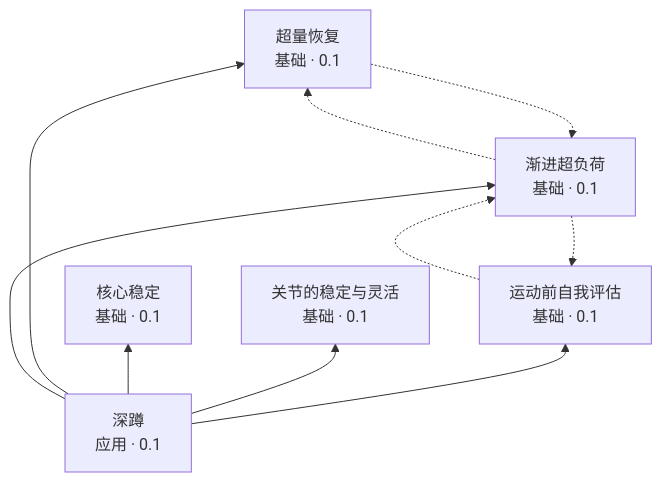
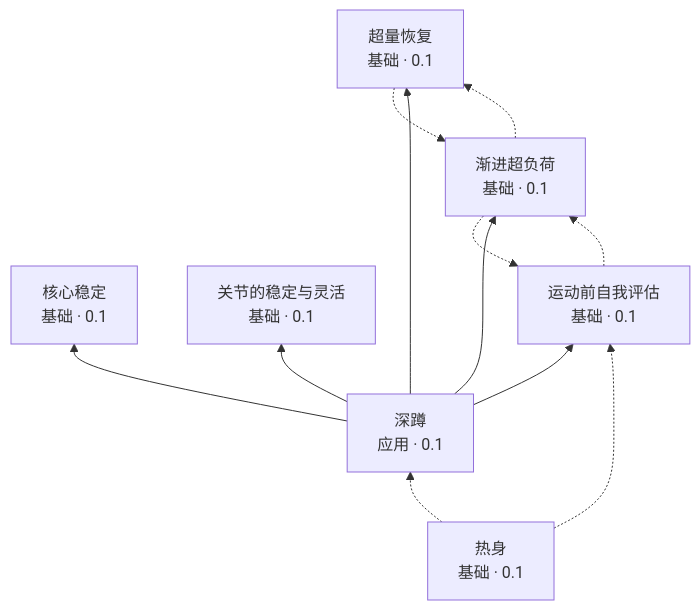
Before and after one commit to liuppx/blockchain: the diagram in docs/pilot/fitness/GRAPH.md, drawn with Mermaid. The commit also changed other lines of this file and 22 other files, not shown here.

````diff
--- a/docs/pilot/fitness/GRAPH.md
+++ b/docs/pilot/fitness/GRAPH.md
@@ -11,18 +11,21 @@
 ```mermaid
 graph BT
     u0["核心稳定<br/>基础 · 0.1"]
     u1["关节的稳定与灵活<br/>基础 · 0.1"]
     u2["运动前自我评估<br/>基础 · 0.1"]
     u3["渐进超负荷<br/>基础 · 0.1"]
     u4["超量恢复<br/>基础 · 0.1"]
-    u5["深蹲<br/>应用 · 0.1"]
+    u5["热身<br/>基础 · 0.1"]
+    u6["深蹲<br/>应用 · 0.1"]
     u2 -.-> u3
     u3 -.-> u4
     u3 -.-> u2
     u4 -.-> u3
-    u5 --> u3
-    u5 --> u4
-    u5 --> u0
-    u5 --> u1
-    u5 --> u2
+    u5 -.-> u2
+    u5 -.-> u6
+    u6 --> u3
+    u6 --> u4
+    u6 --> u0
+    u6 --> u1
+    u6 --> u2
 ```
````
